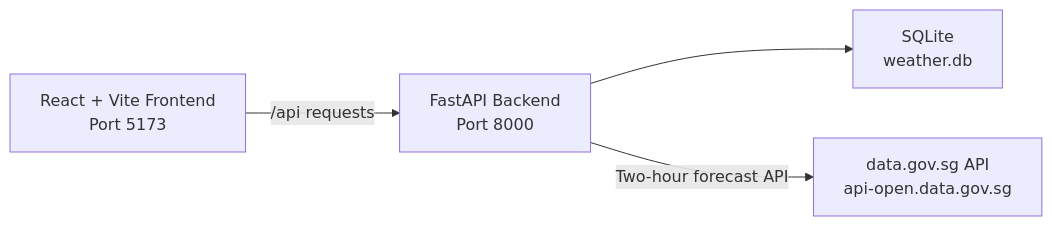
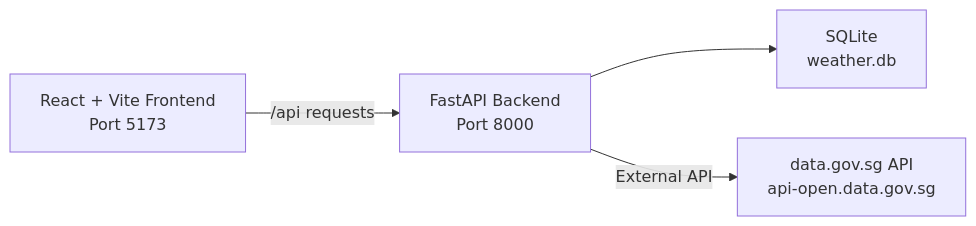
One commit to haomingkoo/lionweather changed the diagram in README.md. Above: the diagram before and after it, drawn with Mermaid. The commit also changed other lines of this file and 22 other files, not shown here.

````diff
--- a/README.md
+++ b/README.md
@@ -15,6 +22,6 @@
 ```mermaid
 flowchart LR
     A["React + Vite Frontend<br/>Port 5173"] -->|"/api requests"| B["FastAPI Backend<br/>Port 8000"]
     B --> C["SQLite<br/>weather.db"]
-    B -->|Two-hour forecast API| D["data.gov.sg API<br/>api-open.data.gov.sg"]
+    B -->|External API| D["data.gov.sg API<br/>api-open.data.gov.sg"]
 ```
````
